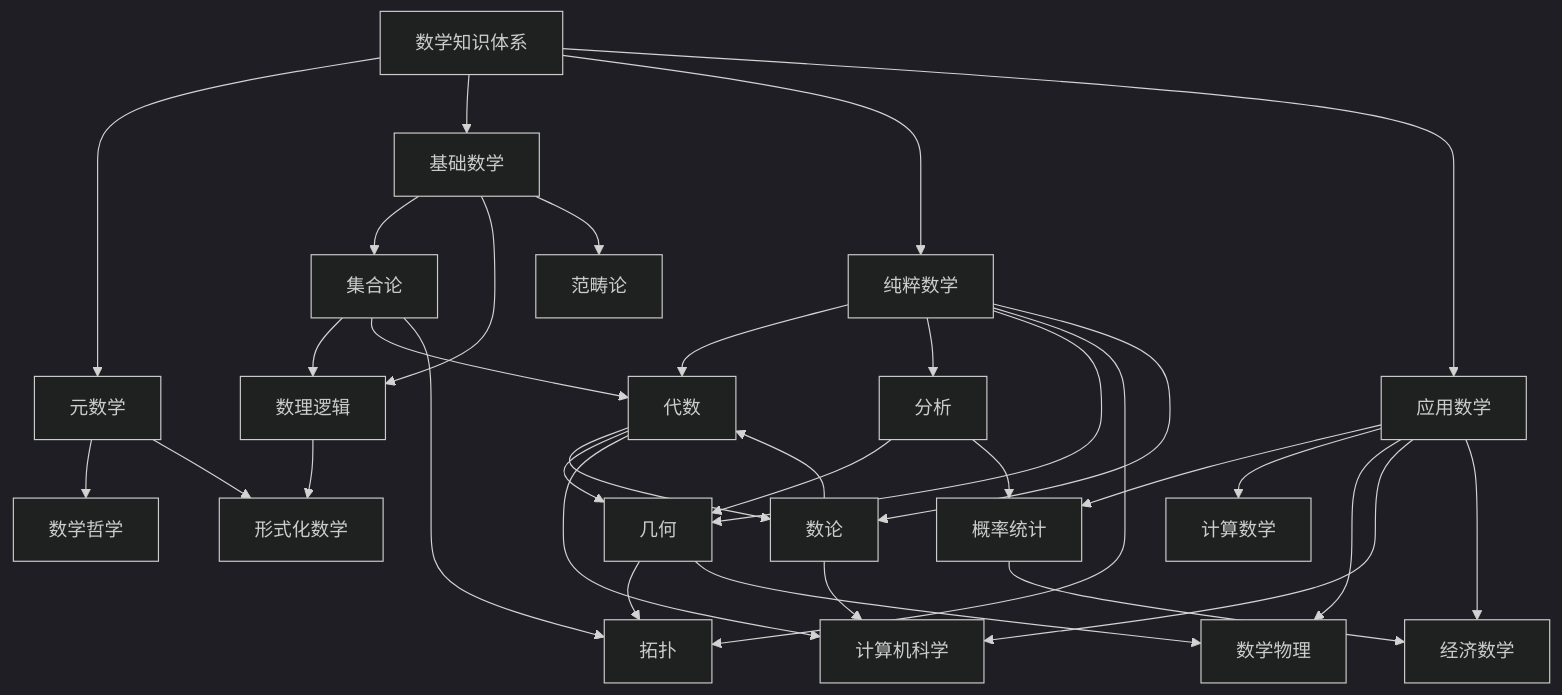
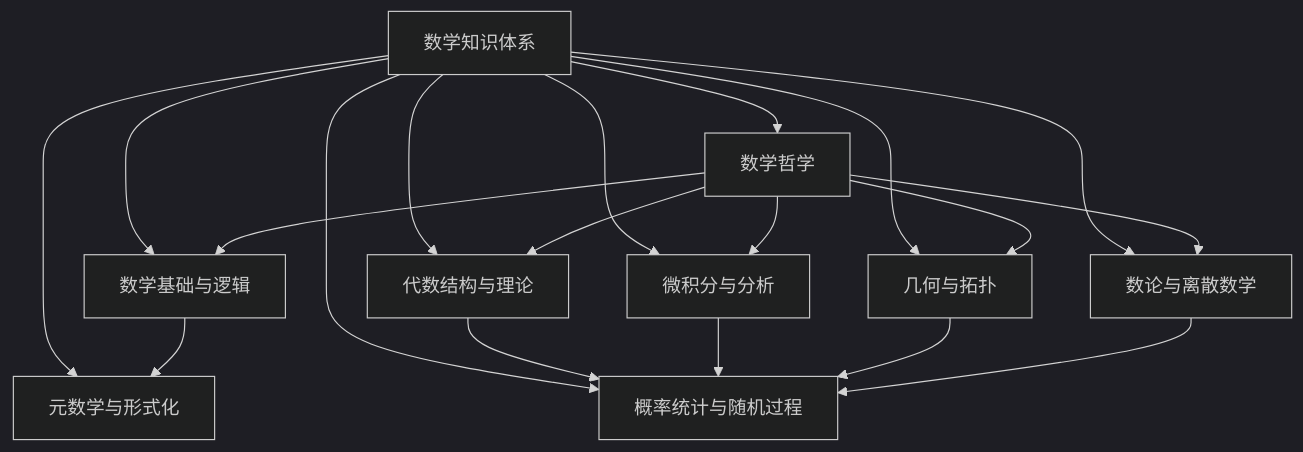
Before and after one commit to AdaMartin18010/Mathematics: diagram 16 of 16 in Math/Refactor/09-项目总览/05-Knowledge_Graphs_and_Mappings/数学知识体系映射.md, drawn with Mermaid (dark theme). The commit also changed other lines of this file and 28 other files, not shown here.

````diff
--- a/Math/Refactor/09-项目总览/05-Knowledge_Graphs_and_Mappings/数学知识体系映射.md
+++ b/Math/Refactor/09-项目总览/05-Knowledge_Graphs_and_Mappings/数学知识体系映射.md
@@ -268,43 +369,23 @@
 ```mermaid
 graph TD
-    Root[数学知识体系] --> Meta[元数学]
-    Root --> Found[基础数学]
-    Root --> Pure[纯粹数学]
-    Root --> App[应用数学]
+    A[数学知识体系] --> B[数学哲学]
+    A --> C[数学基础与逻辑]
+    A --> D[代数结构与理论]
+    A --> E[微积分与分析]
+    A --> F[几何与拓扑]
+    A --> G[数论与离散数学]
+    A --> H[概率统计与随机过程]
+    A --> I[元数学与形式化]
     
-    Meta --> Philosophy[数学哲学]
-    Meta --> FormMath[形式化数学]
+    B --> C
+    B --> D
+    B --> E
+    B --> F
+    B --> G
     
-    Found --> SetTheory[集合论]
-    Found --> Logic[数理逻辑]
-    Found --> Category[范畴论]
-    
-    Pure --> Algebra[代数]
-    Pure --> Analysis[分析]
-    Pure --> Geometry[几何]
-    Pure --> Topology[拓扑]
-    Pure --> NumberTheory[数论]
-    
-    App --> ProbStat[概率统计]
-    App --> CompMath[计算数学]
-    App --> Physics[数学物理]
-    App --> CS[计算机科学]
-    App --> Economics[经济数学]
-    
-    SetTheory --> Logic
-    Logic --> FormMath
-    SetTheory --> Algebra
-    SetTheory --> Topology
-    
-    Algebra --> NumberTheory
-    Algebra --> Geometry
-    Analysis --> Geometry
-    Geometry --> Topology
-    NumberTheory --> Algebra
-    
-    Analysis --> ProbStat
-    Algebra --> CS
-    Geometry --> Physics
-    ProbStat --> Economics
-    NumberTheory --> CS
+    C --> I
+    D --> H
+    E --> H
+    F --> H
+    G --> H
 ```
````
